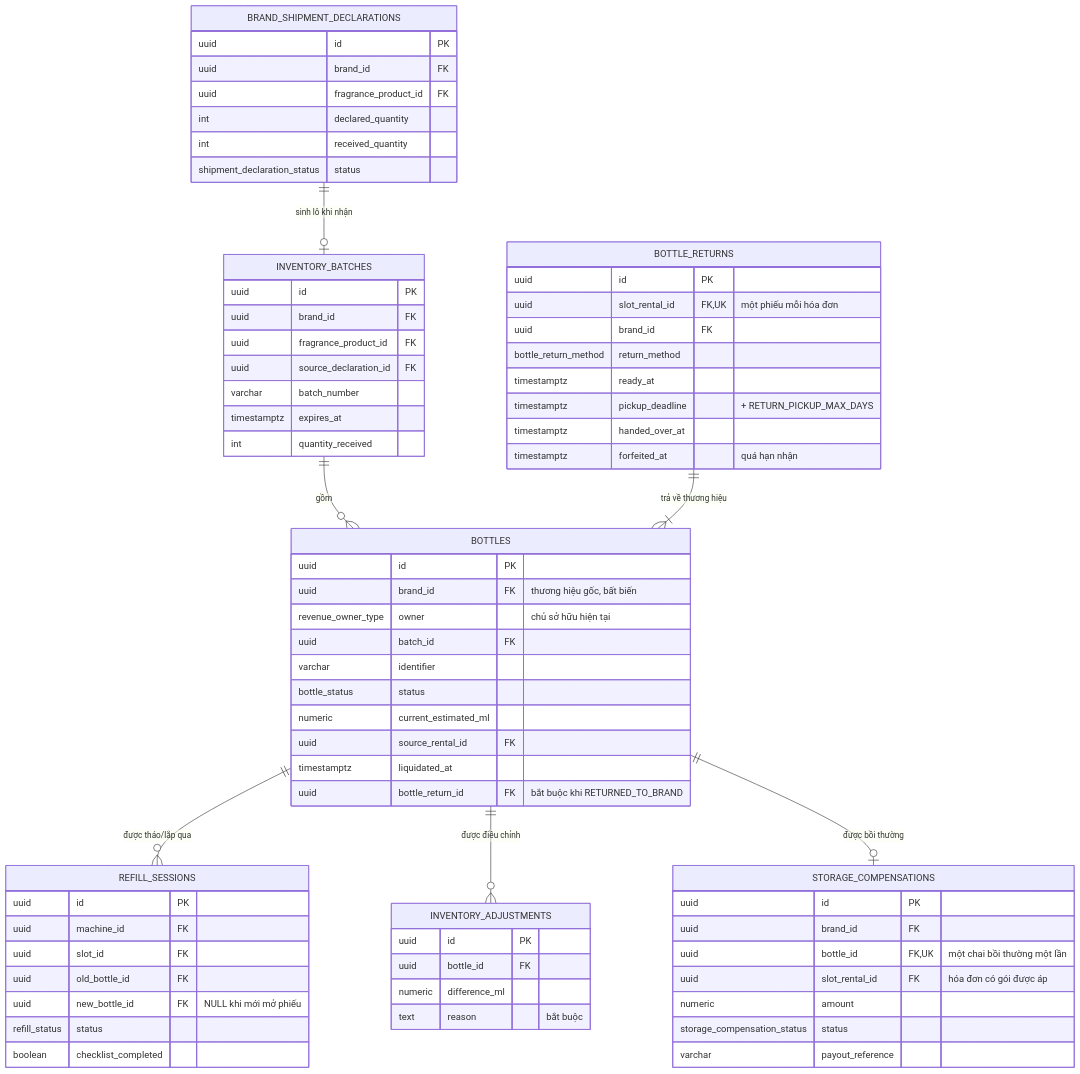
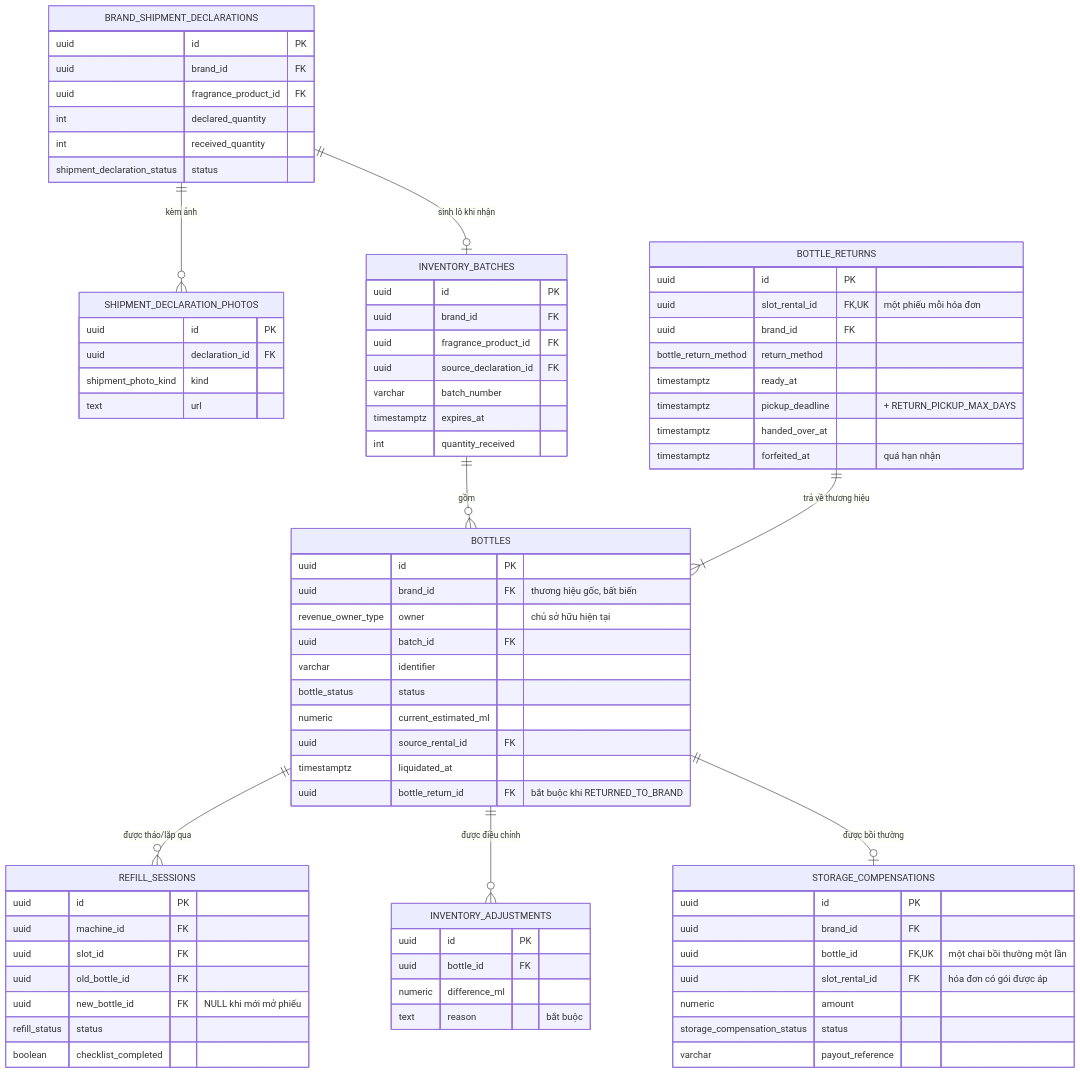
One commit to nhax-work/Muti-Brand_PerfumeIOT changed the fourth of 7 diagrams in spec/contracts/erd.md. Above: the diagram before and after it, drawn with Mermaid. The commit also changed other lines of this file and 18 other files, not shown here.

````diff
--- a/spec/contracts/erd.md
+++ b/spec/contracts/erd.md
@@ -320,73 +320,80 @@
 ```mermaid
 erDiagram
     BRAND_SHIPMENT_DECLARATIONS {
         uuid id PK
         uuid brand_id FK
         uuid fragrance_product_id FK
         int declared_quantity
         int received_quantity
         shipment_declaration_status status
+    }
+    SHIPMENT_DECLARATION_PHOTOS {
+        uuid id PK
+        uuid declaration_id FK
+        shipment_photo_kind kind
+        text url
     }
     INVENTORY_BATCHES {
         uuid id PK
         uuid brand_id FK
         uuid fragrance_product_id FK
         uuid source_declaration_id FK
         varchar batch_number
         timestamptz expires_at
         int quantity_received
     }
     BOTTLES {
         uuid id PK
         uuid brand_id FK "thương hiệu gốc, bất biến"
         revenue_owner_type owner "chủ sở hữu hiện tại"
         uuid batch_id FK
         varchar identifier
         bottle_status status
         numeric current_estimated_ml
         uuid source_rental_id FK
         timestamptz liquidated_at
         uuid bottle_return_id FK "bắt buộc khi RETURNED_TO_BRAND"
     }
     BOTTLE_RETURNS {
         uuid id PK
         uuid slot_rental_id FK,UK "một phiếu mỗi hóa đơn"
         uuid brand_id FK
         bottle_return_method return_method
         timestamptz ready_at
         timestamptz pickup_deadline "+ RETURN_PICKUP_MAX_DAYS"
         timestamptz handed_over_at
         timestamptz forfeited_at "quá hạn nhận"
     }
     REFILL_SESSIONS {
         uuid id PK
         uuid machine_id FK
         uuid slot_id FK
         uuid old_bottle_id FK
         uuid new_bottle_id FK "NULL khi mới mở phiếu"
         refill_status status
         boolean checklist_completed
     }
     INVENTORY_ADJUSTMENTS {
         uuid id PK
         uuid bottle_id FK
         numeric difference_ml
         text reason "bắt buộc"
     }
     STORAGE_COMPENSATIONS {
         uuid id PK
         uuid brand_id FK
         uuid bottle_id FK,UK "một chai bồi thường một lần"
         uuid slot_rental_id FK "hóa đơn có gói được áp"
         numeric amount
         storage_compensation_status status
         varchar payout_reference
     }
 
     BRAND_SHIPMENT_DECLARATIONS ||--o| INVENTORY_BATCHES : "sinh lô khi nhận"
+    BRAND_SHIPMENT_DECLARATIONS ||--o{ SHIPMENT_DECLARATION_PHOTOS : "kèm ảnh"
     INVENTORY_BATCHES ||--o{ BOTTLES : "gồm"
     BOTTLES ||--o{ REFILL_SESSIONS : "được tháo/lắp qua"
     BOTTLES ||--o{ INVENTORY_ADJUSTMENTS : "được điều chỉnh"
     BOTTLES ||--o| STORAGE_COMPENSATIONS : "được bồi thường"
     BOTTLE_RETURNS ||--|{ BOTTLES : "trả về thương hiệu"
 ```
````
